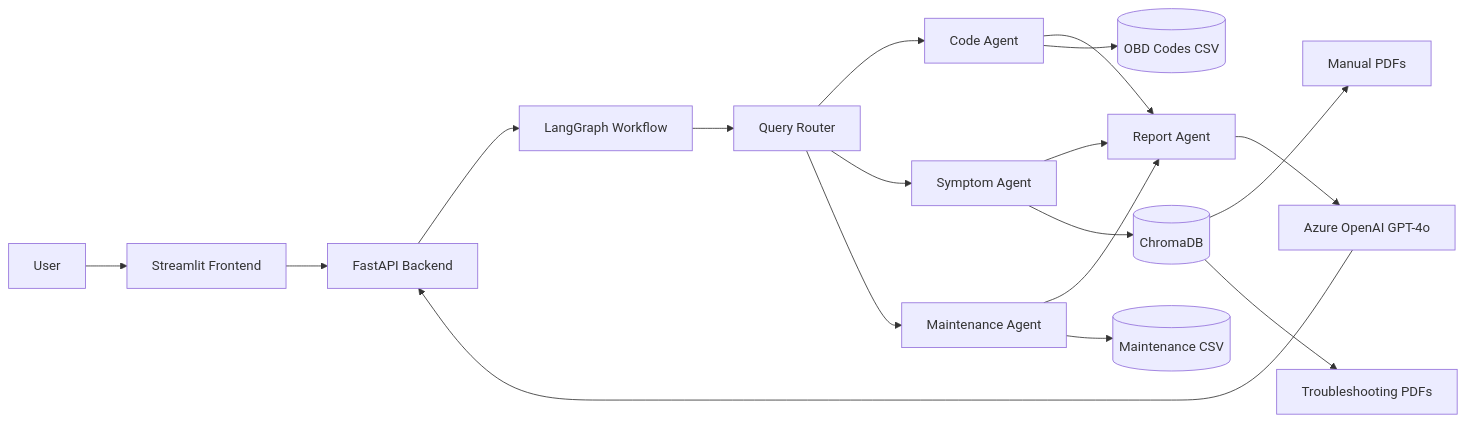
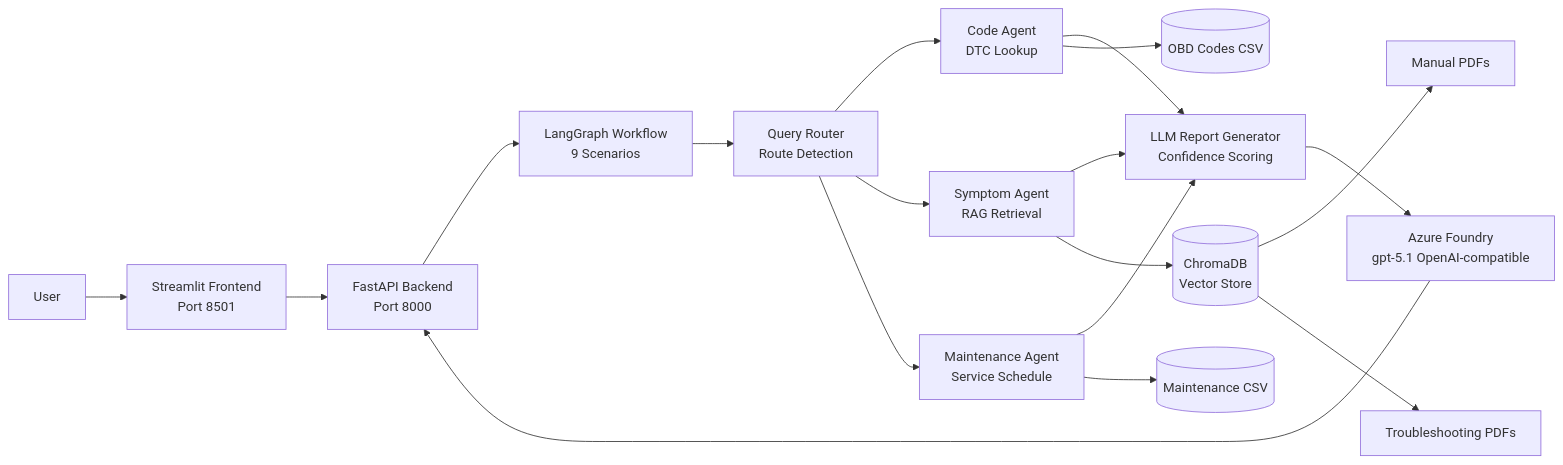
One commit to Pratheep-P-3/Automotive-assistant changed the diagram in README.md. Above: the diagram before and after it, drawn with Mermaid. The commit also changed other lines of this file, not shown here.

````diff
--- a/README.md
+++ b/README.md
@@ -7,25 +7,25 @@
 ```mermaid
 flowchart LR
-    U[User] --> S[Streamlit Frontend]
-    S --> F[FastAPI Backend]
-    F --> G[LangGraph Workflow]
+    U[User] --> S[Streamlit Frontend<br/>Port 8501]
+    S --> F[FastAPI Backend<br/>Port 8000]
+    F --> G[LangGraph Workflow<br/>9 Scenarios]
 
-    G --> R[Query Router]
-    R --> C[Code Agent]
-    R --> Y[Symptom Agent]
-    R --> M[Maintenance Agent]
+    G --> R[Query Router<br/>Route Detection]
+    R --> C[Code Agent<br/>DTC Lookup]
+    R --> Y[Symptom Agent<br/>RAG Retrieval]
+    R --> M[Maintenance Agent<br/>Service Schedule]
 
-    C --> P[Report Agent]
+    C --> P[LLM Report Generator<br/>Confidence Scoring]
     Y --> P
     M --> P
 
-    Y --> V[(ChromaDB)]
+    Y --> V[(ChromaDB<br/>Vector Store)]
     V --> D1[Manual PDFs]
     V --> D2[Troubleshooting PDFs]
 
     C --> O[(OBD Codes CSV)]
     M --> N[(Maintenance CSV)]
 
-    P --> A[Azure OpenAI GPT-4o]
+    P --> A[Azure Foundry<br/>gpt-5.1 OpenAI-compatible]
     A --> F
 ```
````
